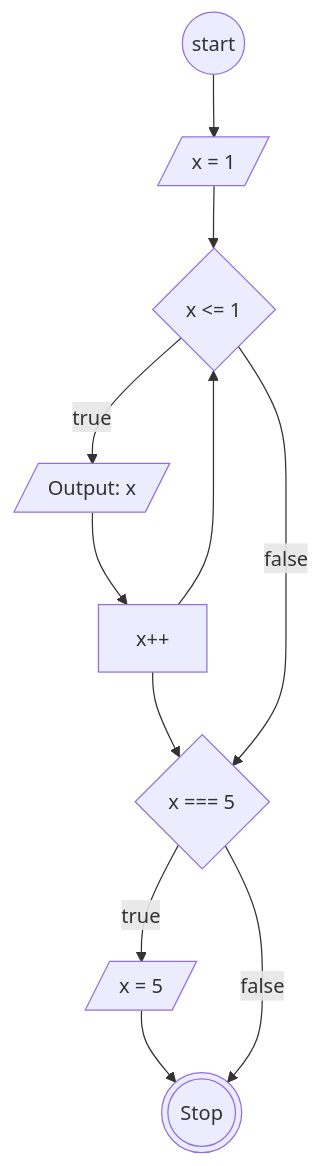
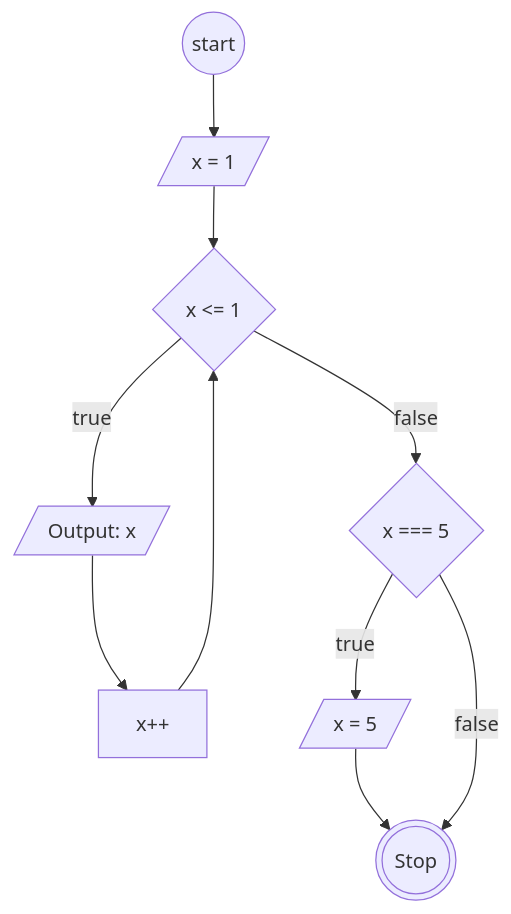
Before and after one commit to AbiPasundan/koda-b6-javascript1: the diagram in flowchart-loop.md, drawn with Mermaid.

````diff
--- a/flowchart-loop.md
+++ b/flowchart-loop.md
@@ -5,24 +5,25 @@
 ```mermaid
     flowchart TB
         Start@{ shape: circ, label: "start"}
 
         InitialVar@{ shape: lean-r, label: "x = 1"}
         Condition@{ shape: diamond, label: "x <= 1"}
         ConditionTrue@{ shape: rect, label: "x++"}
 
         ConditionTruePrint@{ shape: lean-r, label: "Output: x"}
 
         If@{ shape: diamond, label: "x === 5"}
         IfTrue@{ shape: lean-r, label: "x = 5"}
 
 
         Stop@{ shape: dbl-circ, label: "Stop"}
 
-        Start-->InitialVar-->Condition-->|true|ConditionTruePrint-->ConditionTrue-->If-->|true|IfTrue-->Stop
+        Start-->InitialVar-->Condition-->|true|ConditionTruePrint-->ConditionTrue
 
         Condition-->|false|If
         ConditionTrue-->Condition
 
+        If-->|true|IfTrue-->Stop
         If-->|false|Stop
 
 ```
````
